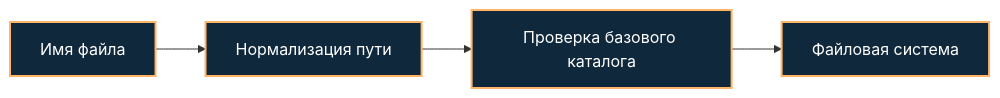
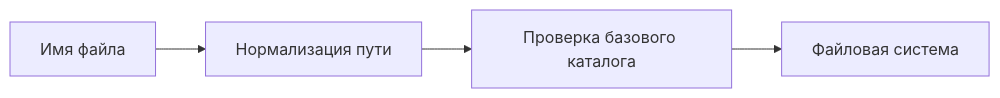
Before and after one commit to ustinovlev039-cpu/praaactice: the diagram in labs/web/06-directory-traversal/README.md, drawn with Mermaid. The commit also changed other lines of this file and 60 other files, not shown here.

Commit message:
docs: simplify diagrams, headings and portfolio presentation

````diff
--- a/labs/web/06-directory-traversal/README.md
+++ b/labs/web/06-directory-traversal/README.md
@@ -17,9 +17,8 @@
 ```mermaid
 flowchart LR
     n0["Имя файла"]
     n1["Нормализация пути"]
     n2["Проверка базового каталога"]
     n3["Файловая система"]
     n0 --> n1 --> n2 --> n3
-    classDef default fill:#10283b,stroke:#ffb467,color:#ffffff,stroke-width:2px
 ```
````
